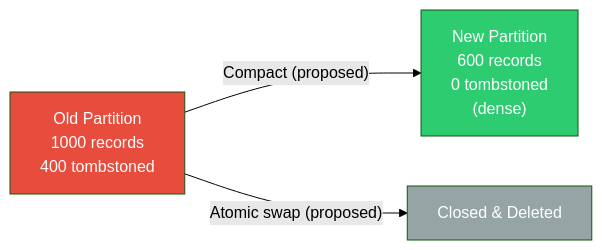
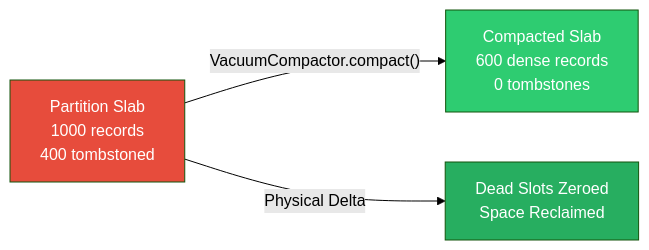
One commit to spectrayan/spector changed the second of 5 diagrams in docs/memory/consolidation.md. Above: the diagram before and after it, drawn with Mermaid (forest theme). The commit also changed other lines of this file and 65 other files, not shown here.

````diff
--- a/docs/memory/consolidation.md
+++ b/docs/memory/consolidation.md
@@ -84,9 +64,9 @@
 ```mermaid
-graph LR
-    A["Old Partition<br/>1000 records<br/>400 tombstoned"] -->|"Compact (proposed)"| B["New Partition<br/>600 records<br/>0 tombstoned<br/>(dense)"]
-    A -->|"Atomic swap (proposed)"| C["Closed & Deleted"]
+flowchart LR
+    A["Partition Slab<br/>1000 records<br/>400 tombstoned"] -->|"VacuumCompactor.compact()"| B["Compacted Slab<br/>600 dense records<br/>0 tombstones"]
+    A -->|"Physical Delta"| C["Dead Slots Zeroed<br/>Space Reclaimed"]
 
     style A fill:#e74c3c,color:white
     style B fill:#2ecc71,color:white
-    style C fill:#95a5a6,color:white
+    style C fill:#27ae60,color:white
 ```
````
